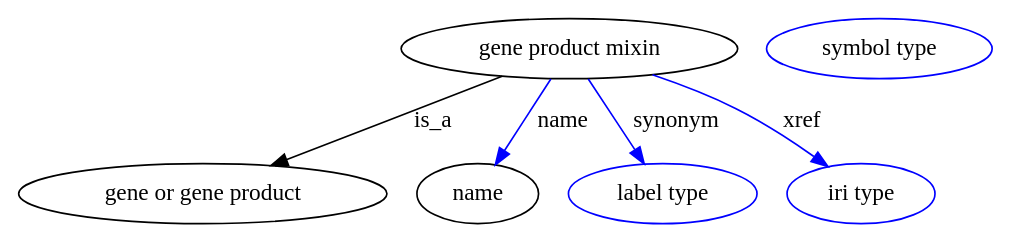
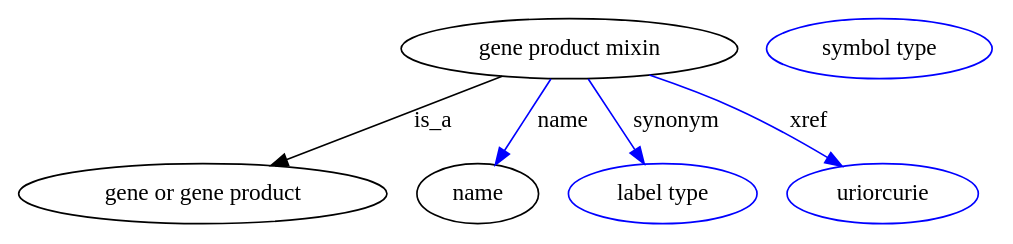
The diagram in graphviz/gene_product_mixin.gv (biolink/biolink-model), drawn with Graphviz before and after one commit. The commit also changed 37 other files, not shown here.

```diff
--- a/graphviz/gene_product_mixin.gv
+++ b/graphviz/gene_product_mixin.gv
@@ -1,47 +1,47 @@
 digraph {
 	graph [bb="0,0,584.08,123"];
 	node [label="\N"];
 	"gene product mixin"	[height=0.5,
 		label="gene product mixin",
 		pos="330.49,105",
 		width=2.7984];
 	"gene or gene product"	[height=0.5,
 		pos="110.49,18",
 		width=3.0692];
 	"gene product mixin" -> "gene or gene product"	[label=is_a,
 		lp="248.49,61.5",
 		pos="e,151.33,34.779 290.14,88.41 253.77,74.36 200.16,53.644 160.96,38.501"];
 	name	[height=0.5,
 		pos="275.49,18",
 		width=1.011];
 	"gene product mixin" -> name	[color=blue,
 		label=name,
 		lp="326.49,61.5",
 		pos="e,286.04,35.31 319.36,86.799 311.38,74.463 300.5,57.656 291.58,43.862",
 		style=solid];
 	synonym	[color=blue,
 		height=0.5,
 		label="label type",
 		pos="386.49,18",
 		width=1.5707];
 	"gene product mixin" -> synonym	[color=blue,
 		label=synonym,
 		lp="394.49,61.5",
 		pos="e,375.37,35.885 341.82,86.799 349.85,74.622 360.74,58.089 369.76,44.398",
 		style=solid];
 	xref	[color=blue,
 		height=0.5,
-		label="iri type",
-		pos="505.49,18",
-		width=1.2277];
+		label=uriorcurie,
+		pos="518.49,18",
+		width=1.5887];
 	"gene product mixin" -> xref	[color=blue,
 		label=xref,
-		lp="469.99,61.5",
-		pos="e,485.64,34.246 380.33,89.304 396.67,83.767 414.69,76.876 430.49,69 446.69,60.926 463.56,49.942 477.19,40.324",
+		lp="473.99,61.5",
+		pos="e,494.08,34.451 378.49,89.158 395.2,83.478 413.91,76.536 430.49,69 449.25,60.471 469.29,49.263 485.5,39.62",
 		style=solid];
 	"macromolecular machine mixin_name"	[color=blue,
 		height=0.5,
 		label="symbol type",
 		pos="516.49,105",
 		width=1.8776];
 }
```
